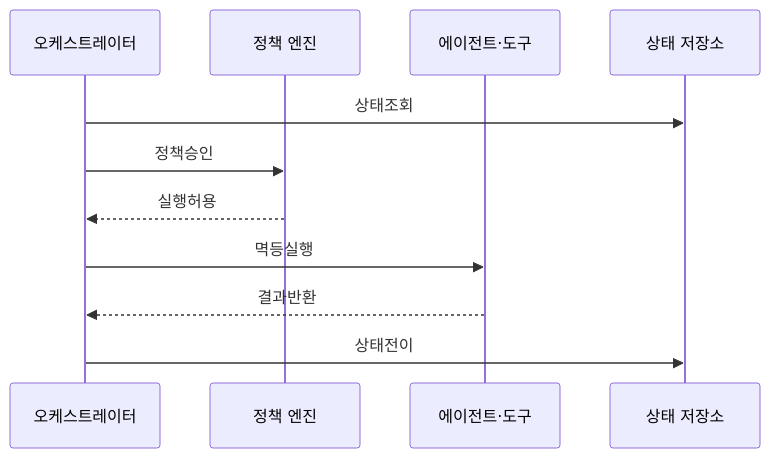
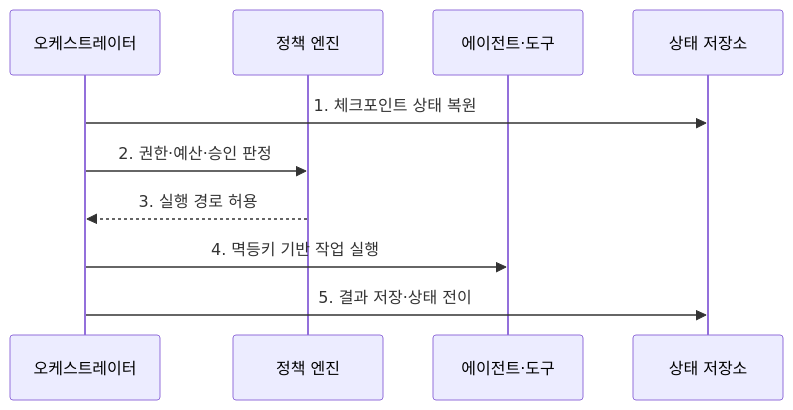
Before and after one commit to agnusdei1207/knowledge-base: the second of 2 diagrams in src/content/docs/notes/08-latest-tech/014_agent_orchestration.md, drawn with Mermaid. The commit also changed other lines of this file and 16 other files, not shown here.

Commit message:
Add SVM chart comparisons and continue latest technology rewrite

````diff
--- a/src/content/docs/notes/08-latest-tech/014_agent_orchestration.md
+++ b/src/content/docs/notes/08-latest-tech/014_agent_orchestration.md
@@ -85,13 +77,12 @@
 ```mermaid
 sequenceDiagram
     participant O as 오케스트레이터
     participant P as 정책 엔진
     participant X as 에이전트·도구
     participant S as 상태 저장소
-    O->>S: 상태조회
-    O->>P: 정책승인
-    P-->>O: 실행허용
-    O->>X: 멱등실행
-    X-->>O: 결과반환
-    O->>S: 상태전이
+    O->>S: 1. 체크포인트 상태 복원
+    O->>P: 2. 권한·예산·승인 판정
+    P-->>O: 3. 실행 경로 허용
+    O->>X: 4. 멱등키 기반 작업 실행
+    O->>S: 5. 결과 저장·상태 전이
 ```
````
